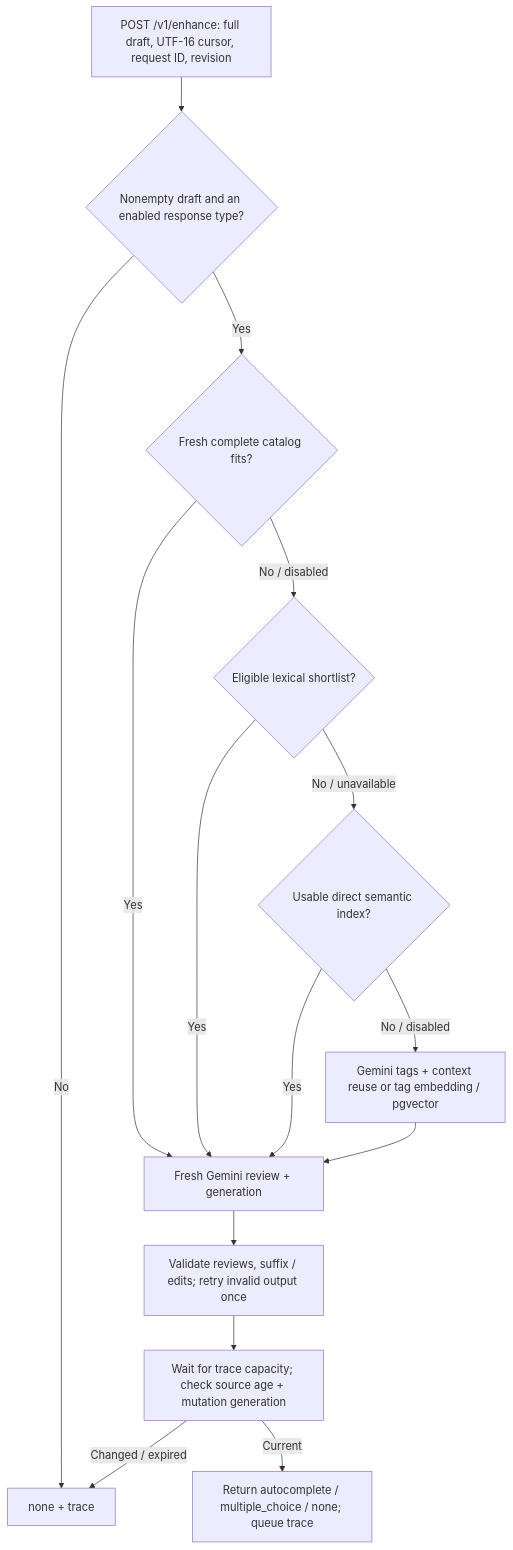
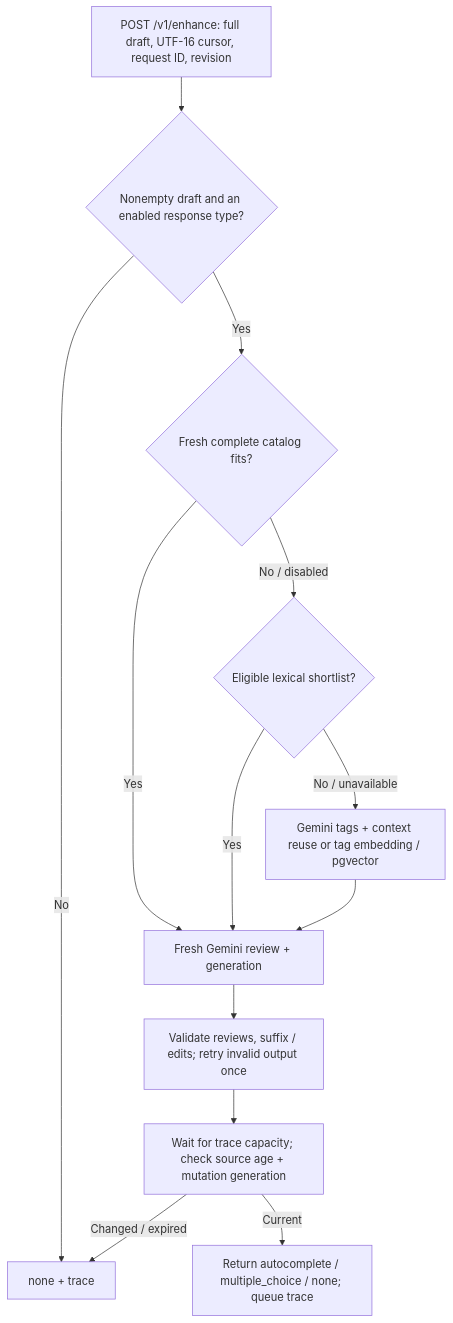
One commit to Mattlo0546/Agentcomplete changed the first of 3 diagrams in docs/architecture.md. Above: the diagram before and after it, drawn with Mermaid. The commit also changed other lines of this file and 38 other files, not shown here.

Commit message:
Remove direct semantic retrieval and simplify routing

````diff
--- a/docs/architecture.md
+++ b/docs/architecture.md
@@ -44,17 +44,15 @@
 ```mermaid
 flowchart TD
     A["POST /v1/enhance: full draft, UTF-16 cursor, request ID, revision"] --> B{"Nonempty draft and an enabled response type?"}
     B -->|No| N["none + trace"]
     B -->|Yes| C{"Fresh complete catalog fits?"}
     C -->|Yes| G["Fresh Gemini review + generation"]
     C -->|No / disabled| L{"Eligible lexical shortlist?"}
     L -->|Yes| G
-    L -->|No / unavailable| S{"Usable direct semantic index?"}
-    S -->|Yes| G
-    S -->|No / disabled| T["Gemini tags + context reuse or tag embedding / pgvector"]
+    L -->|No / unavailable| T["Gemini tags + context reuse or tag embedding / pgvector"]
     T --> G
     G --> V["Validate reviews, suffix / edits; retry invalid output once"]
     V --> F["Wait for trace capacity; check source age + mutation generation"]
     F -->|Current| R["Return autocomplete / multiple_choice / none; queue trace"]
     F -->|Changed / expired| N
 ```
````
